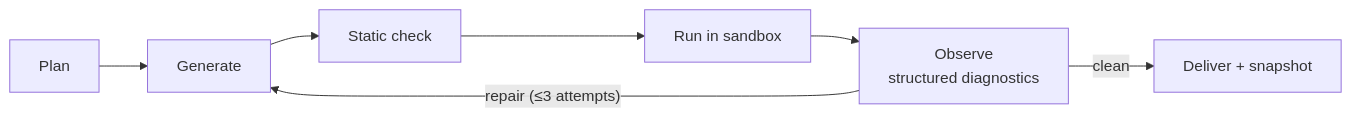
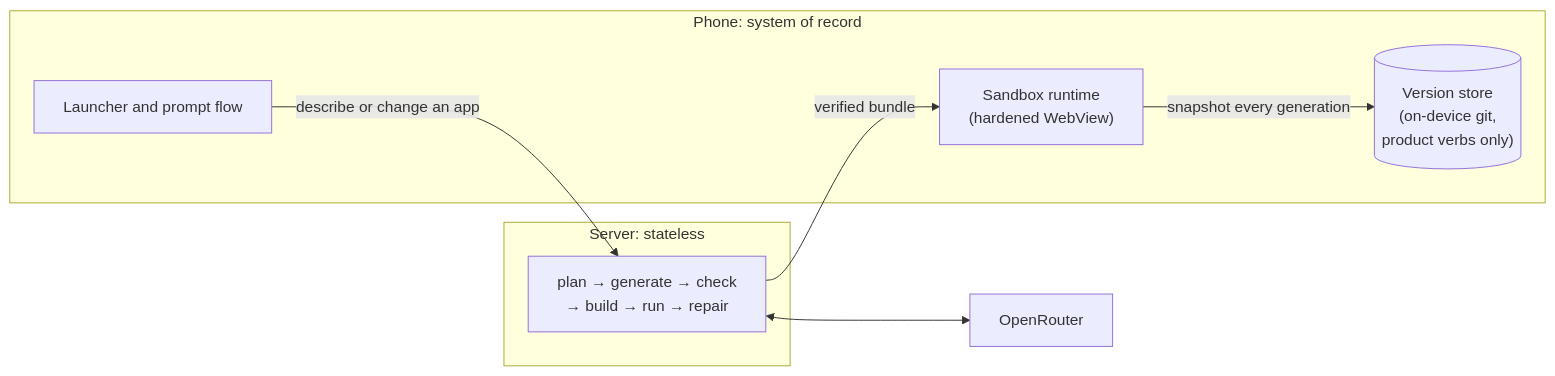
The second of 2 diagrams in README.md (Davron2004/Whim), drawn with Mermaid before and after one commit. The commit also changed other lines of this file and 7 other files, not shown here.

````diff
--- a/README.md
+++ b/README.md
@@ -144,6 +72,16 @@
 ```mermaid
 flowchart LR
-    P["Plan"] --> G["Generate"] --> S["Static check"] --> R["Run in sandbox"] --> O["Observe<br/>structured diagnostics"]
-    O -- "repair (≤3 attempts)" --> G
-    O -- "clean" --> D["Deliver + snapshot"]
+    subgraph Phone["Phone: system of record"]
+        UI["Launcher and prompt flow"]
+        RT["Sandbox runtime<br/>(hardened WebView)"]
+        VS[("Version store<br/>(on-device git,<br/>product verbs only)")]
+    end
+    subgraph Server["Server: stateless"]
+        H["plan → generate → check<br/>→ build → run → repair"]
+    end
+    M["OpenRouter"]
+    UI -- "describe or change an app" --> H
+    H <--> M
+    H -- "verified bundle" --> RT
+    RT -- "snapshot every generation" --> VS
 ```
````
